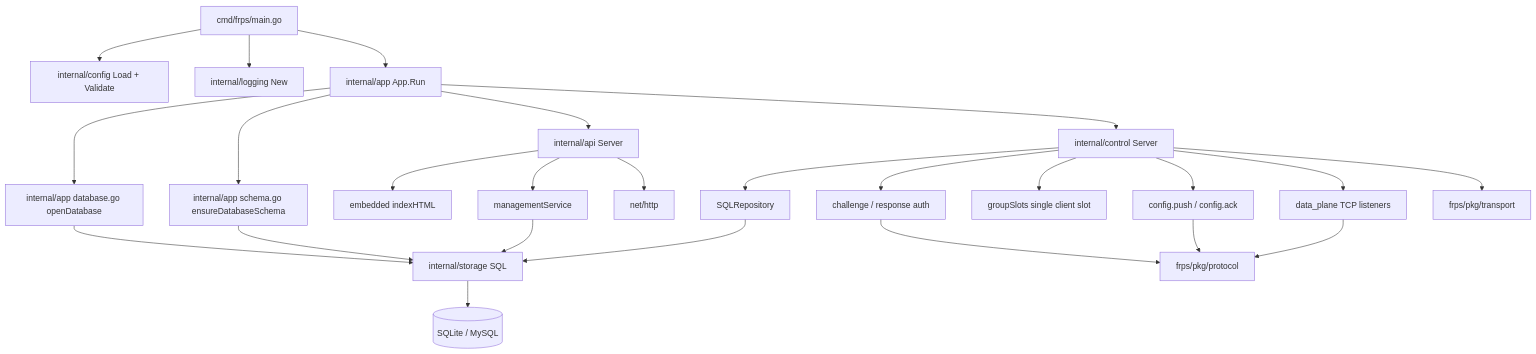
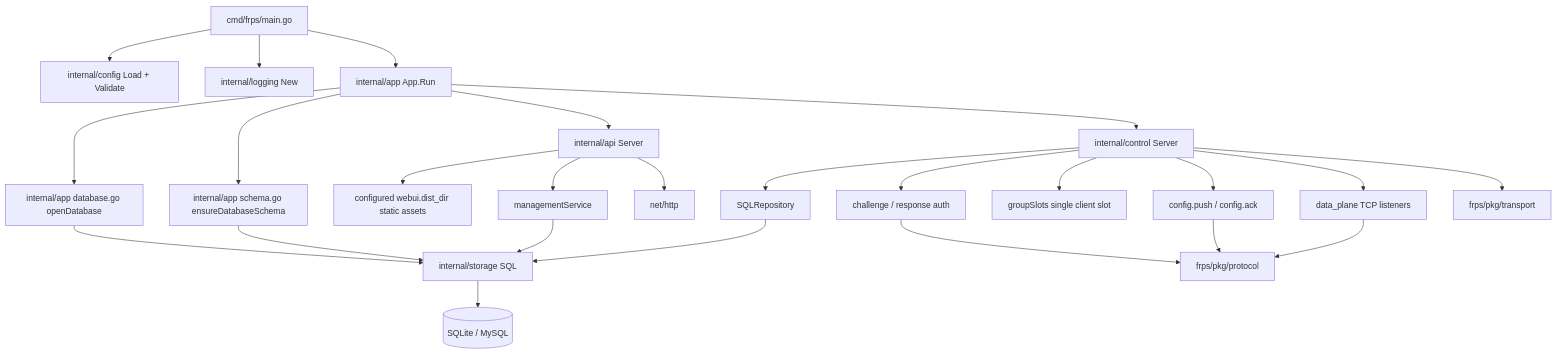
Before and after one commit to Zightch/frp: the second of 6 diagrams in docs/frps-frpc-current-architecture.md, drawn with Mermaid. The commit also changed 9 other files, not shown here.

````diff
--- a/docs/frps-frpc-current-architecture.md
+++ b/docs/frps-frpc-current-architecture.md
@@ -42,32 +42,32 @@
 ```mermaid
 flowchart TB
     Main[cmd/frps/main.go] --> Config[internal/config Load + Validate]
     Main --> Logging[internal/logging New]
     Main --> App[internal/app App.Run]
 
     App --> DBInit[internal/app database.go openDatabase]
     App --> Schema[internal/app schema.go ensureDatabaseSchema]
     DBInit --> Store[internal/storage SQL]
     Schema --> Store
     Store --> DB[(SQLite / MySQL)]
 
     App --> API[internal/api Server]
     App --> Control[internal/control Server]
 
-    API --> WebUI[embedded indexHTML]
+    API --> WebUI[configured webui.dist_dir static assets]
     API --> Mgmt[managementService]
     Mgmt --> Store
 
     Control --> Repo[SQLRepository]
     Repo --> Store
     Control --> Auth[challenge / response auth]
     Control --> Slot[groupSlots single client slot]
     Control --> ConfigPush[config.push / config.ack]
     Control --> DataPlane[data_plane TCP listeners]
 
     Auth --> Protocol[frps/pkg/protocol]
     ConfigPush --> Protocol
     DataPlane --> Protocol
     Control --> Transport[frps/pkg/transport]
     API --> HTTP[net/http]
 ```
````
